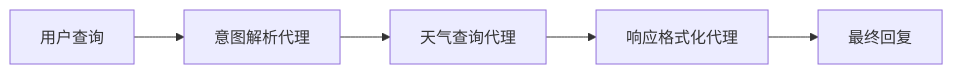
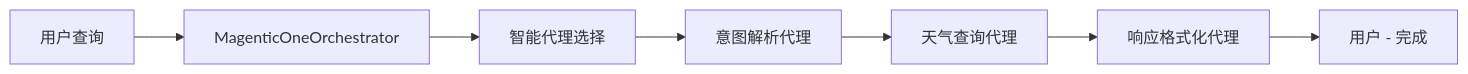
The diagram in README.md (fsckthis/weather_autogen), drawn with Mermaid before and after one commit. The commit also changed other lines of this file and 25 other files, not shown here.

````diff
--- a/README.md
+++ b/README.md
@@ -82,7 +86,9 @@
 ```mermaid
 graph LR
-    A[用户查询] --> B[意图解析代理]
-    B --> C[天气查询代理] 
-    C --> D[响应格式化代理]
-    D --> E[最终回复]
+    A[用户查询] --> B[MagenticOneOrchestrator]
+    B --> C[智能代理选择]
+    C --> D[意图解析代理]
+    D --> E[天气查询代理] 
+    E --> F[响应格式化代理]
+    F --> G[用户 - 完成]
 ```
````
